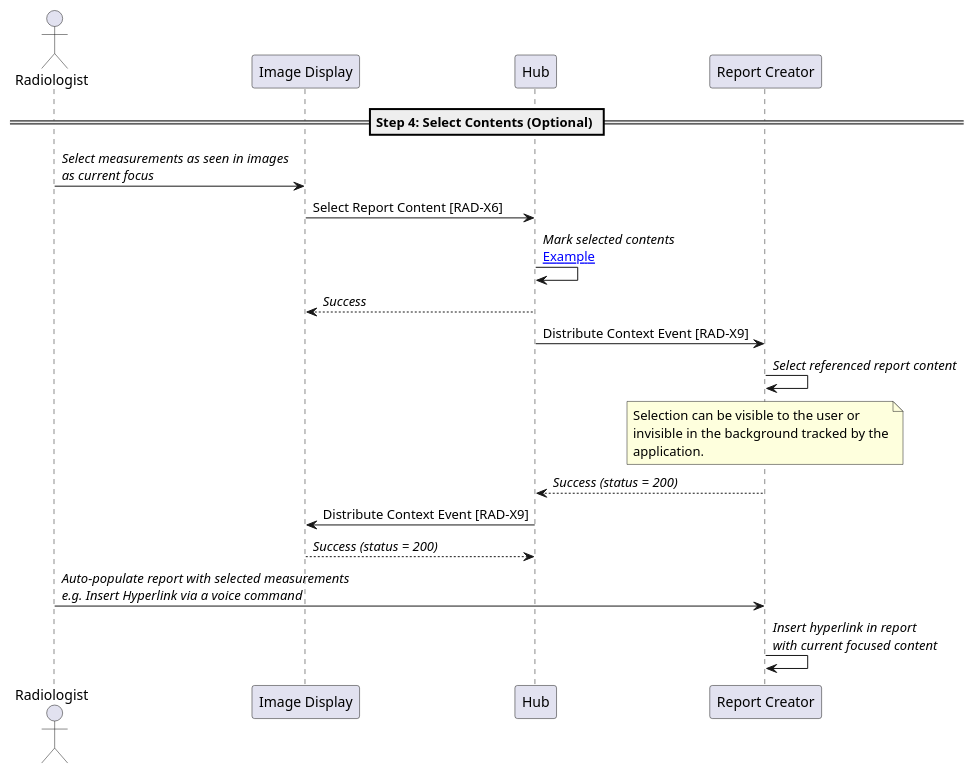
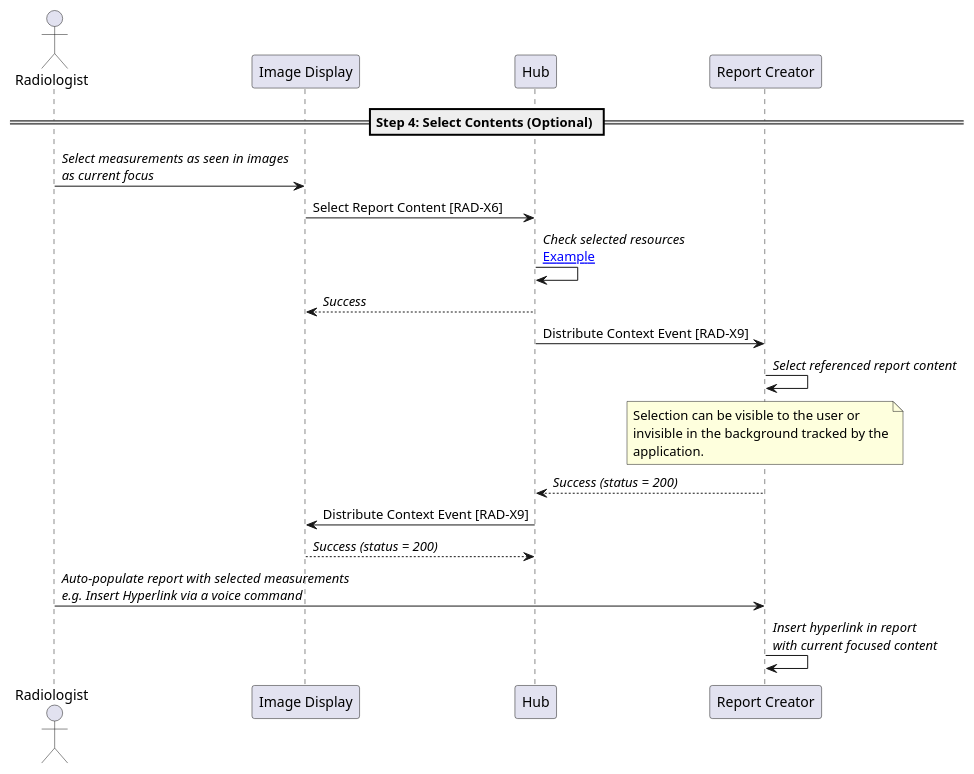
Before and after one commit to IHE/RAD.IRA: the diagram in input/images-source/step4-select-measurements.plantuml, drawn with PlantUML.

Commit message:
Relabel to check selected resource in Hub.

```diff
--- a/input/images-source/step4-select-measurements.plantuml
+++ b/input/images-source/step4-select-measurements.plantuml
@@ -1,34 +1,34 @@
 @startuml
 
 actor Radiologist as User
 participant "Image Display" as PACS
 participant "Hub" as Hub
 participant "Report Creator" as Report
 
 == Step 4: Select Contents (Optional) ==
 
 User->PACS: //Select measurements as seen in images//\n//as current focus//
 
 PACS->Hub: Select Report Content [RAD-X6]
-Hub->Hub: //Mark selected contents//\n[[select_study_and_observation.html#available-context-and-content-in-hub Example]]
+Hub->Hub: //Check selected resources//\n[[select_study_and_observation.html#available-context-and-content-in-hub Example]]
 Hub-->PACS: //Success//
 
 Hub->Report: Distribute Context Event [RAD-X9]
 
 Report->Report: //Select referenced report content//
 note over Report
 Selection can be visible to the user or
 invisible in the background tracked by the
 application.
 end note
 
 Report-->Hub: //Success (status = 200)//
 
 Hub->PACS: Distribute Context Event [RAD-X9]
 PACS-->Hub: //Success (status = 200)//
 
 User->Report: //Auto-populate report with selected measurements//\n//e.g. Insert Hyperlink via a voice command//
 
 Report->Report: //Insert hyperlink in report//\n//with current focused content//
 
 @enduml
```
